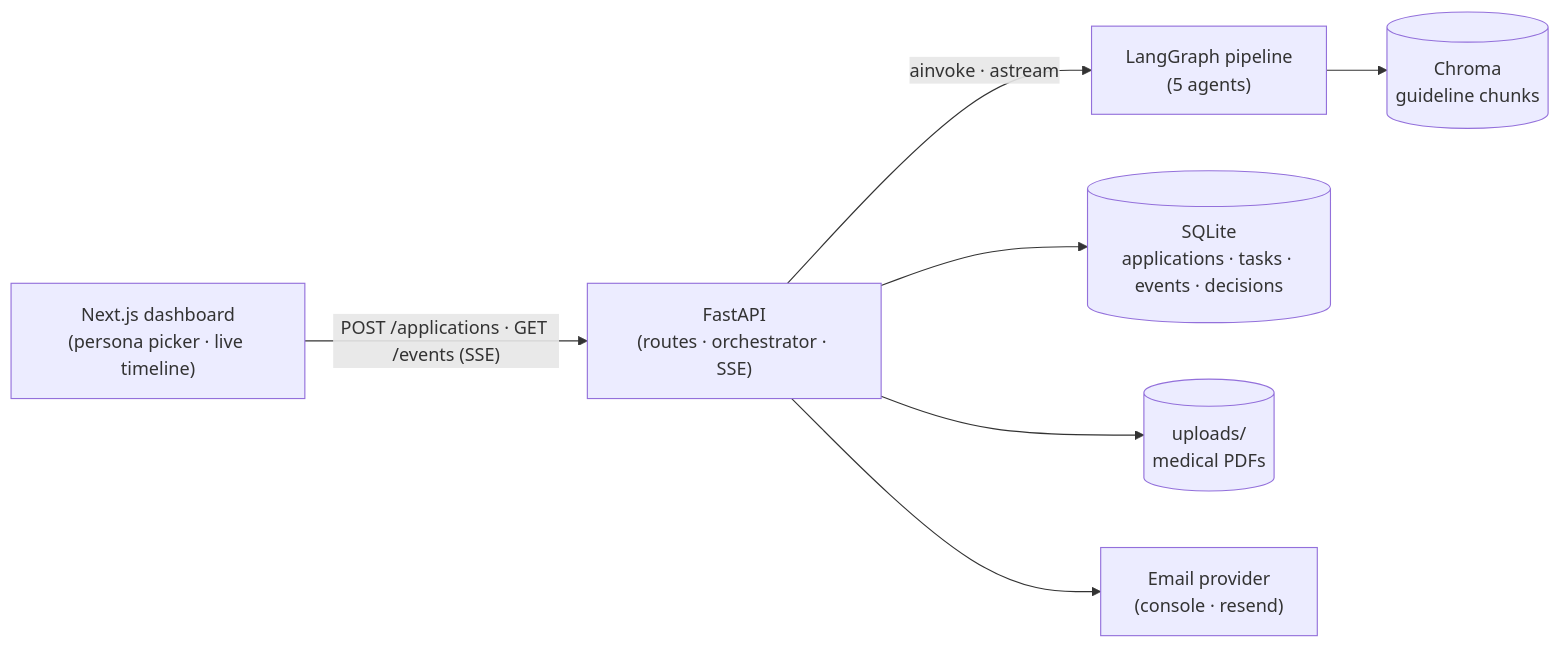
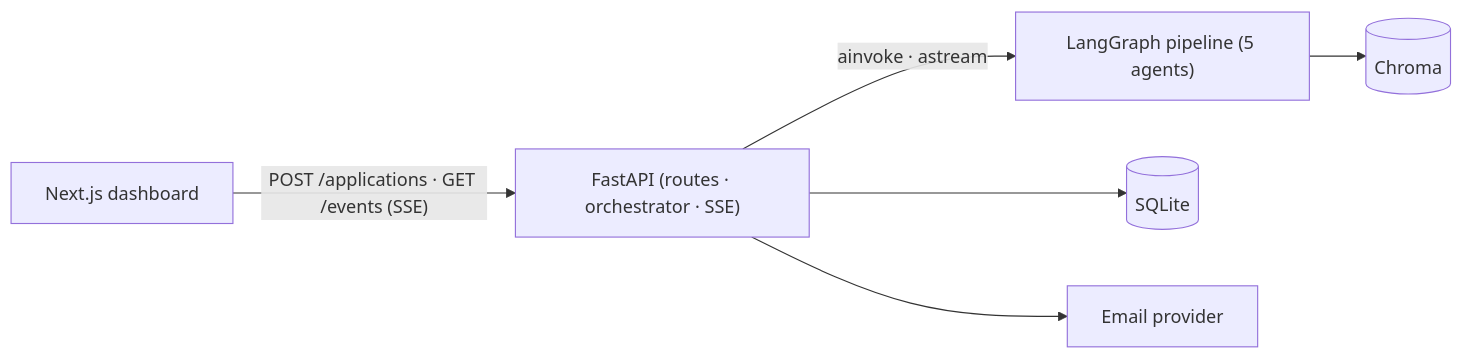
The first of 2 diagrams in README.md (mcaleb808/underwrite-ai), drawn with Mermaid before and after one commit. The commit also changed other lines of this file and 13 other files, not shown here.

````diff
--- a/README.md
+++ b/README.md
@@ -14,17 +46,15 @@
 ```mermaid
 flowchart LR
-  Browser["Next.js dashboard<br/>(persona picker · live timeline)"]
-  API["FastAPI<br/>(routes · orchestrator · SSE)"]
-  Graph["LangGraph pipeline<br/>(5 agents)"]
-  DB[("SQLite<br/>applications · tasks · events · decisions")]
-  Chroma[("Chroma<br/>guideline chunks")]
-  Uploads[("uploads/<br/>medical PDFs")]
-  Email["Email provider<br/>(console · resend)"]
+  Browser["Next.js dashboard"]
+  API["FastAPI (routes · orchestrator · SSE)"]
+  Graph["LangGraph pipeline (5 agents)"]
+  DB[("SQLite")]
+  Chroma[("Chroma")]
+  Email["Email provider"]
 
   Browser -- "POST /applications · GET /events (SSE)" --> API
   API -- "ainvoke · astream" --> Graph
   Graph --> Chroma
   API --> DB
-  API --> Uploads
   API --> Email
 ```
````
